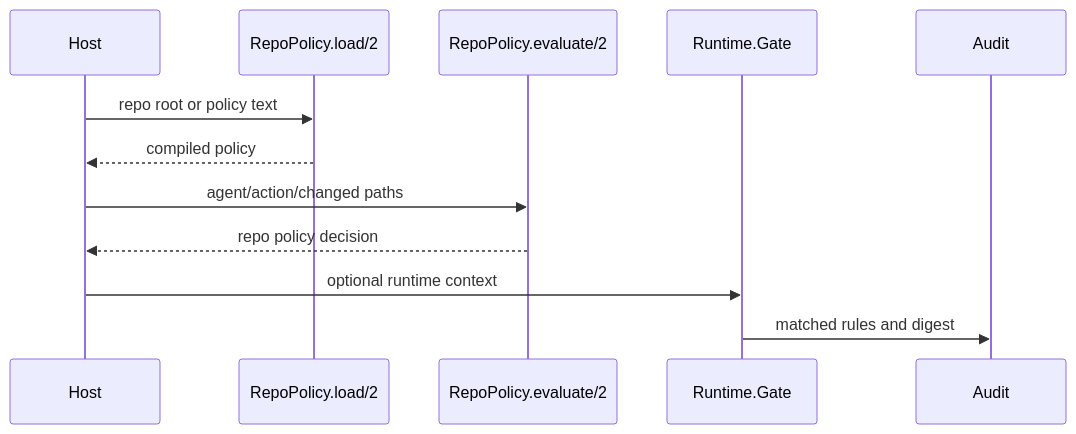
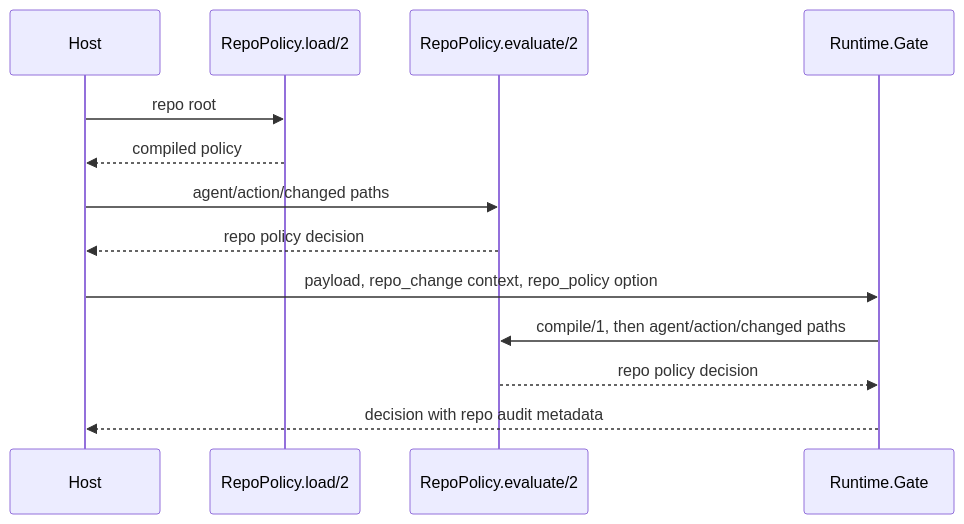
One commit to refpath/sigil_guard changed the diagram in docs/specs/SP.11-repo-policy-kernel-contracts.md. Above: the diagram before and after it, drawn with Mermaid. The commit also changed other lines of this file and 22 other files, not shown here.

````diff
--- a/docs/specs/SP.11-repo-policy-kernel-contracts.md
+++ b/docs/specs/SP.11-repo-policy-kernel-contracts.md
@@ -57,15 +58,16 @@
 ```mermaid
 sequenceDiagram
     participant Host
     participant Loader as RepoPolicy.load/2
     participant Kernel as RepoPolicy.evaluate/2
     participant Runtime as Runtime.Gate
-    participant Audit
 
-    Host->>Loader: repo root or policy text
+    Host->>Loader: repo root
     Loader-->>Host: compiled policy
     Host->>Kernel: agent/action/changed paths
     Kernel-->>Host: repo policy decision
-    Host->>Runtime: optional runtime context
-    Runtime->>Audit: matched rules and digest
+    Host->>Runtime: payload, repo_change context, repo_policy option
+    Runtime->>Kernel: compile/1, then agent/action/changed paths
+    Kernel-->>Runtime: repo policy decision
+    Runtime-->>Host: decision with repo audit metadata
 ```
````
